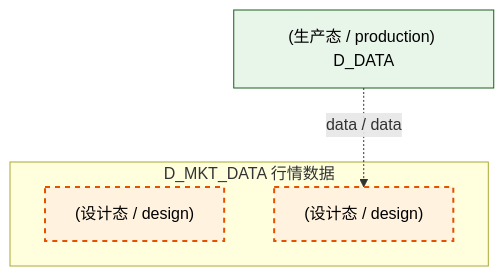
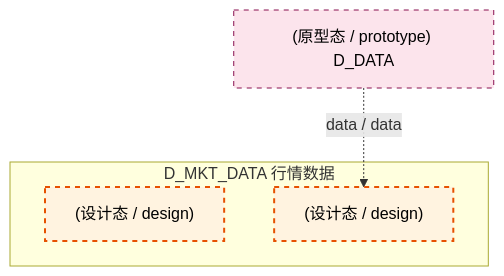
Before and after one commit to xuanFelixVan/ZephyrAlpha: the second of 4 diagrams in docs/02_enterprise_architecture/02_domain_architecture_docs/20_d_mkt_data.md, drawn with Mermaid. The commit also changed other lines of this file and 103 other files, not shown here.

````diff
--- a/docs/02_enterprise_architecture/02_domain_architecture_docs/20_d_mkt_data.md
+++ b/docs/02_enterprise_architecture/02_domain_architecture_docs/20_d_mkt_data.md
@@ -106,15 +107,15 @@
 ```mermaid
 graph TD
     subgraph D_MKT_DATA["D_MKT_DATA 行情数据"]
         docs_03_modules_cross_layer_database_sub_blueprints_c1_market_clickhouse_md["(设计态 / design) "]
         docs_03_modules_domain_data_data_source_operation_manual_md["(设计态 / design) "]
     end
-    D_DATA["(生产态 / production) D_DATA"]
+    D_DATA["(原型态 / prototype) D_DATA"]
     D_DATA -.->|data / data| docs_03_modules_domain_data_data_source_operation_manual_md
     classDef production fill:#e1f5fe,stroke:#01579b,stroke-width:2px,color:#000
     classDef design fill:#fff3e0,stroke:#e65100,stroke-width:2px,color:#000,stroke-dasharray: 5 5
     classDef external_prod fill:#e8f5e9,stroke:#1b5e20,stroke-width:1px,color:#000
     classDef external_design fill:#fce4ec,stroke:#880e4f,stroke-width:1px,color:#000,stroke-dasharray: 5 5
     class docs_03_modules_cross_layer_database_sub_blueprints_c1_market_clickhouse_md,docs_03_modules_domain_data_data_source_operation_manual_md design
-    class D_DATA external_prod
+    class D_DATA external_design
 ```
````
